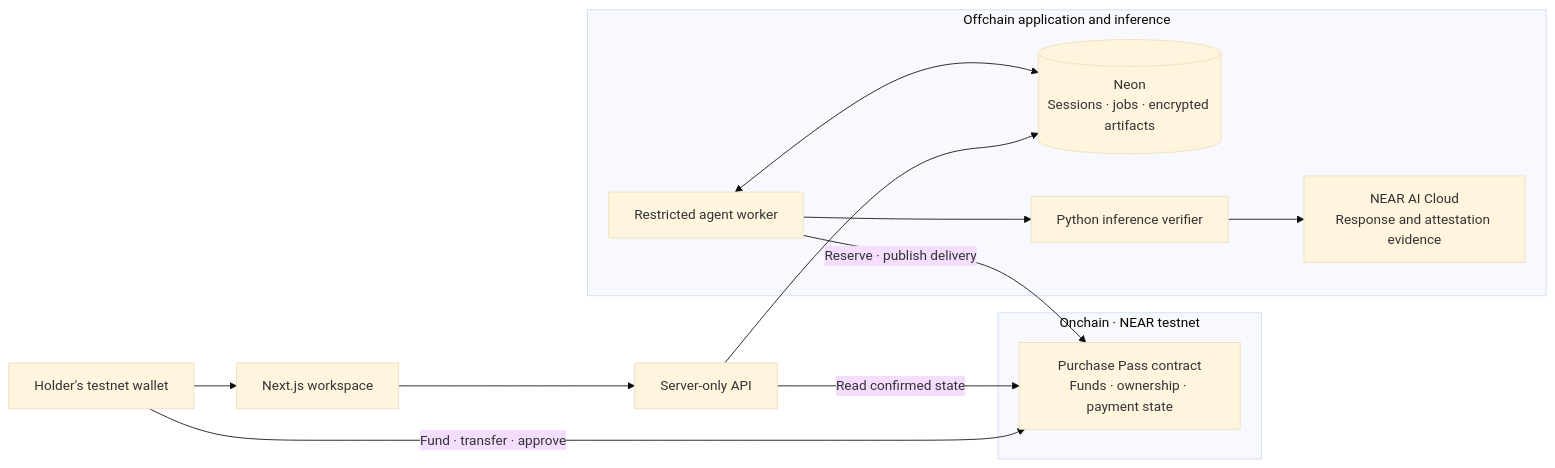
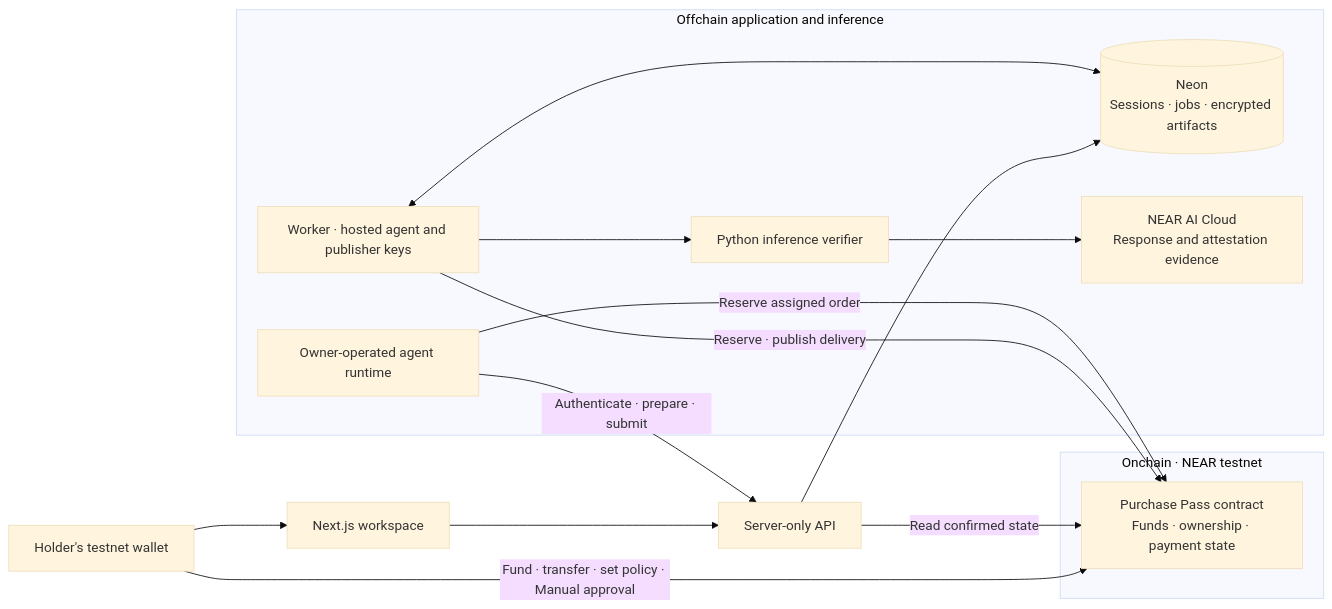
The diagram in README.md (EndPx/proofbill), drawn with Mermaid (base theme) before and after one commit. The commit also changed other lines of this file and 11 other files, not shown here.

Commit message:
docs: align product guides and repository claims with the current testnet flow

````diff
--- a/README.md
+++ b/README.md
@@ -89,23 +90,26 @@
 ```mermaid
 flowchart LR
   H["Holder's testnet wallet"]
   UI["Next.js workspace"]
   API["Server-only API"]
   subgraph Onchain["Onchain · NEAR testnet"]
     C["Purchase Pass contract<br/>Funds · ownership · payment state"]
   end
   subgraph Offchain["Offchain application and inference"]
     DB[("Neon<br/>Sessions · jobs · encrypted artifacts")]
-    W["Restricted agent worker"]
+    W["Worker · hosted agent and publisher keys"]
+    X["Owner-operated agent runtime"]
     V["Python inference verifier"]
     AI["NEAR AI Cloud<br/>Response and attestation evidence"]
   end
   H --> UI
-  H -->|"Fund · transfer · approve"| C
+  H -->|"Fund · transfer · set policy · Manual approval"| C
   UI --> API
   API --> DB
   API -->|"Read confirmed state"| C
   W <--> DB
   W -->|"Reserve · publish delivery"| C
+  X -->|"Authenticate · prepare · submit"| API
+  X -->|"Reserve assigned order"| C
   W --> V --> AI
 ```
````
